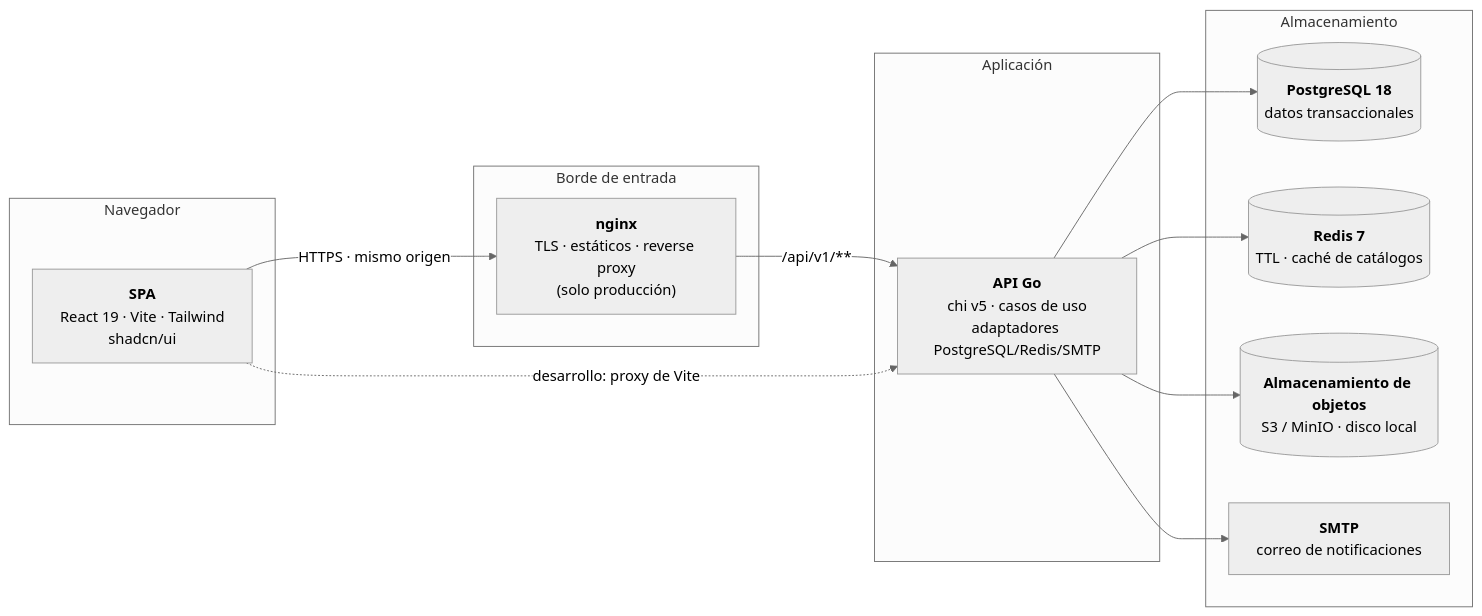
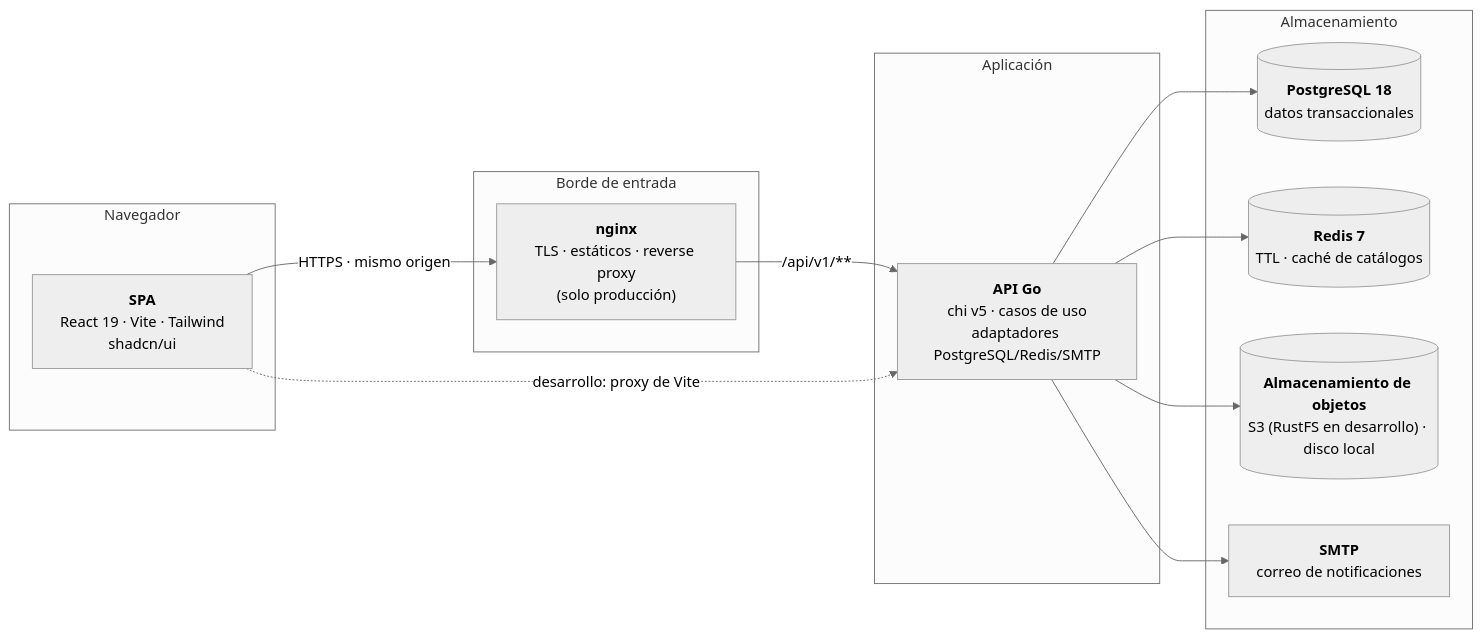
One commit to yan2005dris-afk/Framework-Examen changed the second of 6 diagrams in docs/architecture/ARQUITECTURA.md. Above: the diagram before and after it, drawn with Mermaid (neutral theme). The commit also changed other lines of this file, not shown here.

First line of the commit message:
docs: actualizar el estado de Redis y almacenamiento en la arquitectura

````diff
--- a/docs/architecture/ARQUITECTURA.md
+++ b/docs/architecture/ARQUITECTURA.md
@@ -65,29 +65,29 @@
 ```mermaid
 flowchart LR
     subgraph cliente["Navegador"]
         SPA["<b>SPA</b><br/>React 19 · Vite · Tailwind<br/>shadcn/ui"]
     end
 
     subgraph borde["Borde de entrada"]
         NGX["<b>nginx</b><br/>TLS · estáticos · reverse proxy<br/>(solo producción)"]
     end
 
     subgraph aplicacion["Aplicación"]
         API["<b>API Go</b><br/>chi v5 · casos de uso<br/>adaptadores PostgreSQL/Redis/SMTP"]
     end
 
     subgraph datos["Almacenamiento"]
         PG[("<b>PostgreSQL 18</b><br/>datos transaccionales")]
         RD[("<b>Redis 7</b><br/>TTL · caché de catálogos")]
-        FS[("<b>Almacenamiento de objetos</b><br/>S3 / MinIO · disco local")]
+        FS[("<b>Almacenamiento de objetos</b><br/>S3 (RustFS en desarrollo) · disco local")]
         SM["<b>SMTP</b><br/>correo de notificaciones"]
     end
 
     SPA -->|"HTTPS · mismo origen"| NGX
     NGX -->|"/api/v1/**"| API
     SPA -.->|"desarrollo: proxy de Vite"| API
     API --> PG
     API --> RD
     API --> FS
     API --> SM
 ```
````
